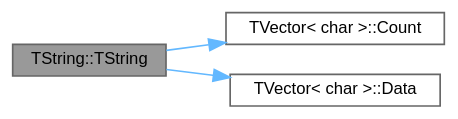
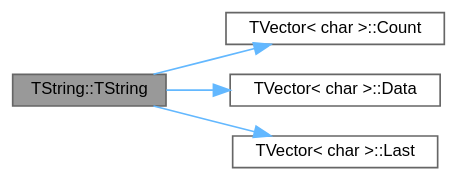
The diagram in classTString_ab39cb66adb0f47604abae4c5a6a24a27_cgraph.dot (jcoelho72/TProcura), drawn with Graphviz before and after one commit. The commit also changed 48 other files, not shown here.

```diff
--- a/classTString_ab39cb66adb0f47604abae4c5a6a24a27_cgraph.dot
+++ b/classTString_ab39cb66adb0f47604abae4c5a6a24a27_cgraph.dot
@@ -1,13 +1,15 @@
 digraph "TString::TString"
 {
  // LATEX_PDF_SIZE
   bgcolor="transparent";
   edge [fontname=Helvetica,fontsize=10,labelfontname=Helvetica,labelfontsize=10];
   node [fontname=Helvetica,fontsize=10,shape=box,height=0.2,width=0.4];
   rankdir="LR";
   Node1 [id="Node000001",label="TString::TString",height=0.2,width=0.4,color="gray40", fillcolor="grey60", style="filled", fontcolor="black",tooltip=" "];
   Node1 -> Node2 [id="edge1_Node000001_Node000002",color="steelblue1",style="solid",tooltip=" "];
   Node2 [id="Node000002",label="TVector\< char \>::Count",height=0.2,width=0.4,color="grey40", fillcolor="white", style="filled",URL="$classTVector.html#ac3c744d84543ca6e32859eb7dfccfeef",tooltip=" "];
   Node1 -> Node3 [id="edge2_Node000001_Node000003",color="steelblue1",style="solid",tooltip=" "];
   Node3 [id="Node000003",label="TVector\< char \>::Data",height=0.2,width=0.4,color="grey40", fillcolor="white", style="filled",URL="$classTVector.html#addd572d70b587092fddc21a8b0f53120",tooltip="Acesso direto."];
+  Node1 -> Node4 [id="edge3_Node000001_Node000004",color="steelblue1",style="solid",tooltip=" "];
+  Node4 [id="Node000004",label="TVector\< char \>::Last",height=0.2,width=0.4,color="grey40", fillcolor="white", style="filled",URL="$classTVector.html#aa304d639c79ef2842f9951846c6292e3",tooltip=" "];
 }
```
